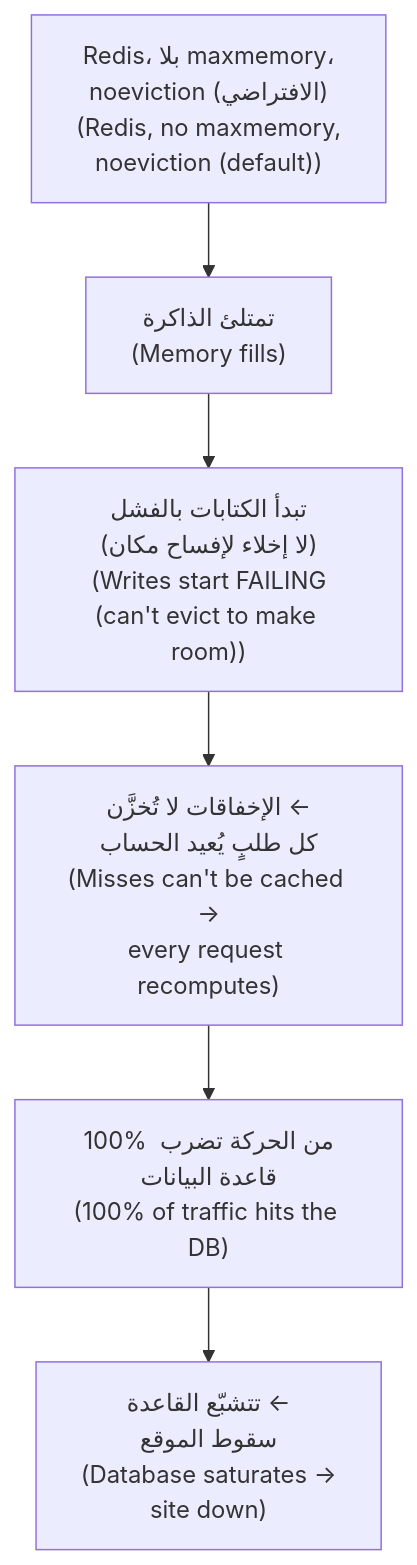
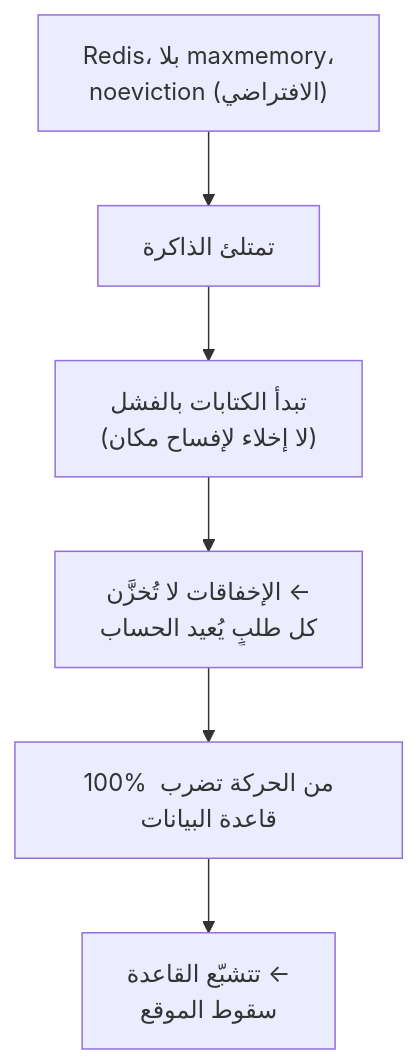
One commit to Tamoura/system-design-for-vibe-coders changed the fourth of 5 diagrams in modules/03-caching/module.ar.md. Above: the diagram before and after it, drawn with Mermaid. The commit also changed other lines of this file and 551 other files, not shown here.

````diff
--- a/modules/03-caching/module.ar.md
+++ b/modules/03-caching/module.ar.md
@@ -367,8 +369,8 @@
 ```mermaid
 flowchart TD
-    A["Redis، بلا maxmemory،<br/>noeviction (الافتراضي)<br/>(Redis, no maxmemory,<br/>noeviction (default))"] --> B["تمتلئ الذاكرة<br/>(Memory fills)"]
-    B --> C["تبدأ الكتابات بالفشل<br/>(لا إخلاء لإفساح مكان)<br/>(Writes start FAILING<br/>(can't evict to make room))"]
-    C --> D["الإخفاقات لا تُخزَّن ←<br/>كل طلبٍ يُعيد الحساب<br/>(Misses can't be cached →<br/>every request recomputes)"]
-    D --> E["100% من الحركة تضرب قاعدة البيانات<br/>(100% of traffic hits the DB)"]
-    E --> F["تتشبّع القاعدة ←<br/>سقوط الموقع<br/>(Database saturates →<br/>site down)"]
+    A["Redis، بلا maxmemory،<br/>noeviction (الافتراضي)"] --> B["تمتلئ الذاكرة"]
+    B --> C["تبدأ الكتابات بالفشل<br/>(لا إخلاء لإفساح مكان)"]
+    C --> D["الإخفاقات لا تُخزَّن ←<br/>كل طلبٍ يُعيد الحساب"]
+    D --> E["100% من الحركة تضرب قاعدة البيانات"]
+    E --> F["تتشبّع القاعدة ←<br/>سقوط الموقع"]
 ```
````
